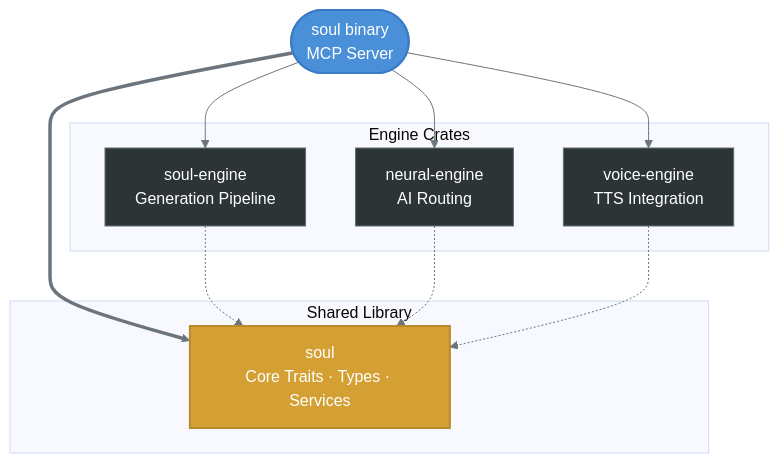
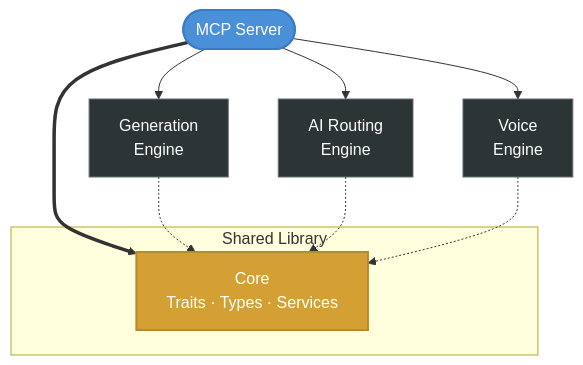
One commit to theLightArchitect/SOUL changed the first of 2 diagrams in README.md. Above: the diagram before and after it, drawn with Mermaid. The commit also changed other lines of this file, not shown here.

Commit message:
Encapsulate architecture — remove internal component names

````diff
--- a/README.md
+++ b/README.md
@@ -46,30 +46,24 @@
 ```mermaid
-%%{init: {'theme': 'base', 'themeVariables': {'lineColor': '#6c757d'}}}%%
 graph TD
-    BIN(["soul binary<br/>MCP Server"]) ==> CORE
+    BIN(["MCP Server"]) ==> CORE
 
-    subgraph ENGINES ["Engine Crates"]
-        SE["soul-engine<br/>Generation Pipeline"]
-        NE["neural-engine<br/>AI Routing"]
-        VE["voice-engine<br/>TTS Integration"]
-    end
+    BIN --> E1["Generation<br/>Engine"]
+    BIN --> E2["AI Routing<br/>Engine"]
+    BIN --> E3["Voice<br/>Engine"]
 
-    BIN --> SE
-    BIN --> NE
-    BIN --> VE
-    SE -.-> CORE
-    NE -.-> CORE
-    VE -.-> CORE
+    E1 -.-> CORE
+    E2 -.-> CORE
+    E3 -.-> CORE
 
     subgraph LIB ["Shared Library"]
-        CORE["soul<br/>Core Traits · Types · Services"]
+        CORE["Core<br/>Traits · Types · Services"]
     end
 
     classDef binary fill:#4a90d9,color:#fff,stroke:#3a7bc8,stroke-width:2px
     classDef core fill:#d4a034,color:#fff,stroke:#b8892d,stroke-width:2px
     classDef engine fill:#2d3436,color:#fff,stroke:#636e72,stroke-width:1px
 
     class BIN binary
     class CORE core
-    class SE,NE,VE engine
+    class E1,E2,E3 engine
 ```
````
